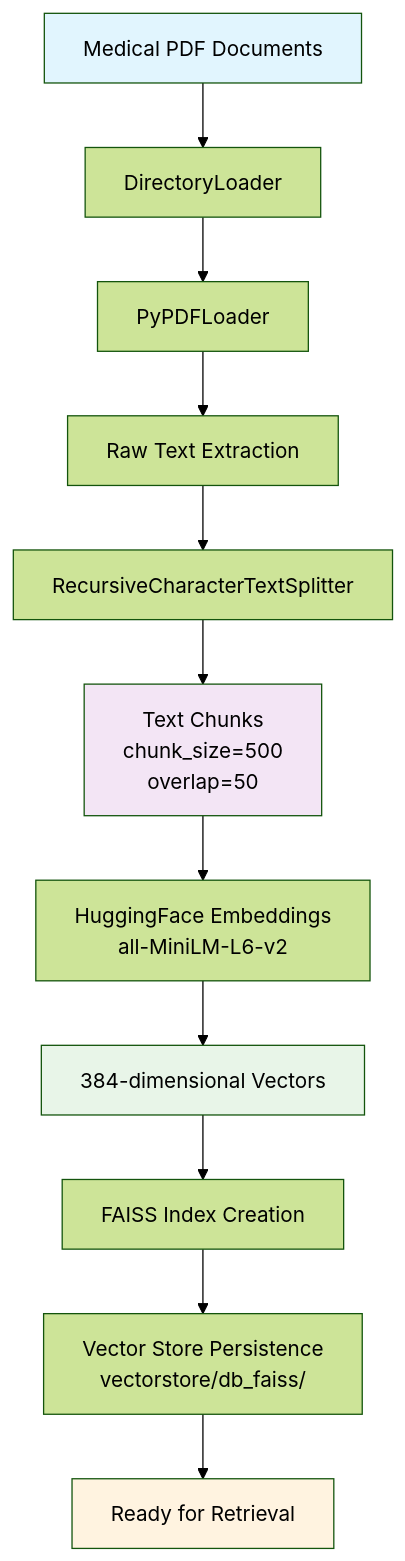
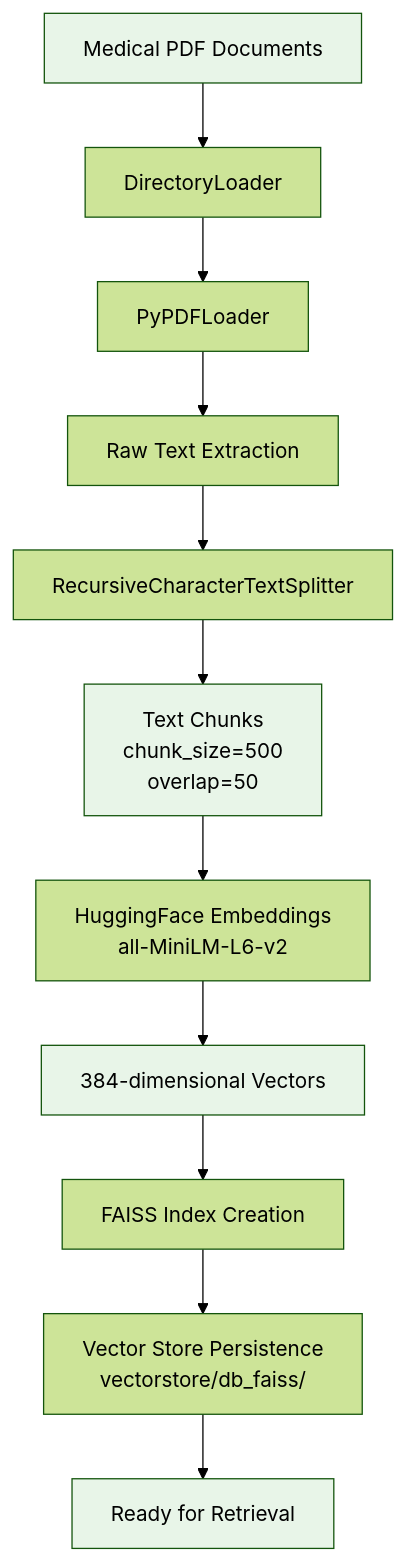
Before and after one commit to nasim-raj-laskar/MedRAG-Pipeline: the second of 2 diagrams in README.md, drawn with Mermaid (forest theme).

Commit message:
README.md Updated

````diff
--- a/README.md
+++ b/README.md
@@ -101,18 +101,18 @@
 ```mermaid
 flowchart TD
     A[Medical PDF Documents] --> B[DirectoryLoader]
     B --> C[PyPDFLoader]
     C --> D[Raw Text Extraction]
     D --> E[RecursiveCharacterTextSplitter]
     E --> F[Text Chunks<br/>chunk_size=500<br/>overlap=50]
     F --> G[HuggingFace Embeddings<br/>all-MiniLM-L6-v2]
     G --> H[384-dimensional Vectors]
     H --> I[FAISS Index Creation]
     I --> J[Vector Store Persistence<br/>vectorstore/db_faiss/]
     J --> K[Ready for Retrieval]
     
-    style A fill:#e1f5fe
-    style F fill:#f3e5f5
+    style A fill:#e8f5e8
+    style F fill:#e8f5e8
     style H fill:#e8f5e8
-    style K fill:#fff3e0
+    style K fill:#e8f5e8
 ```
````
